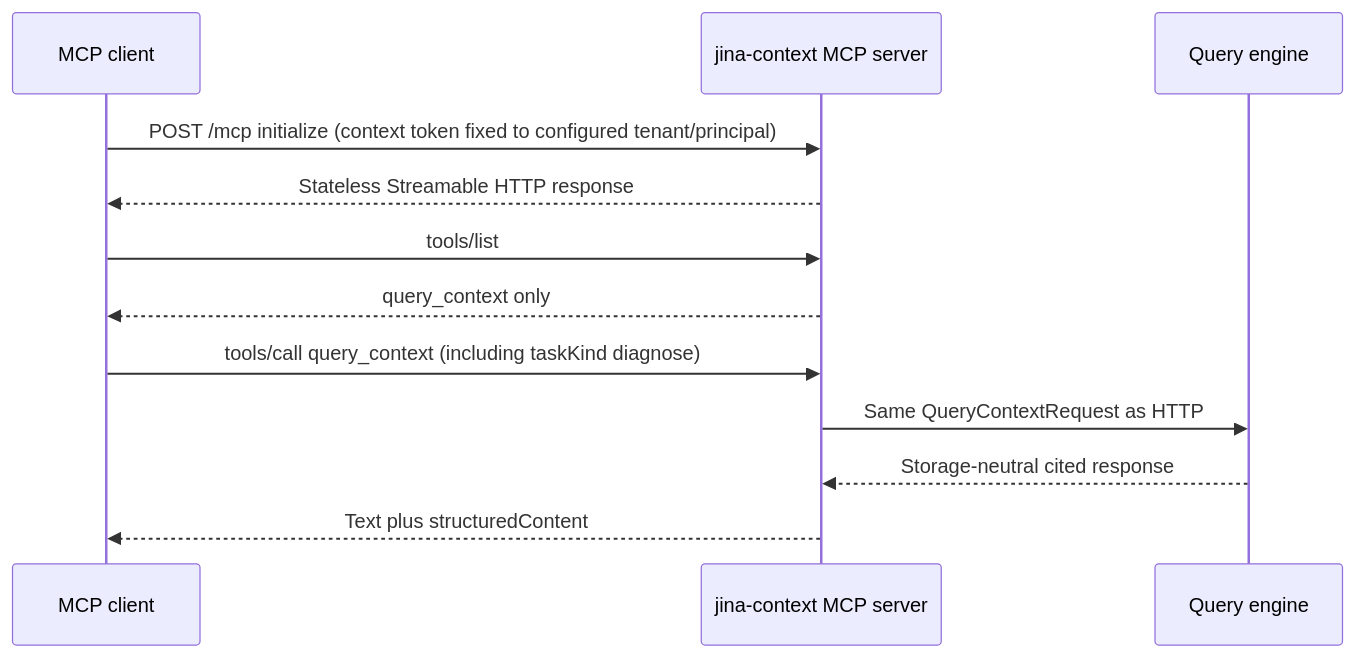
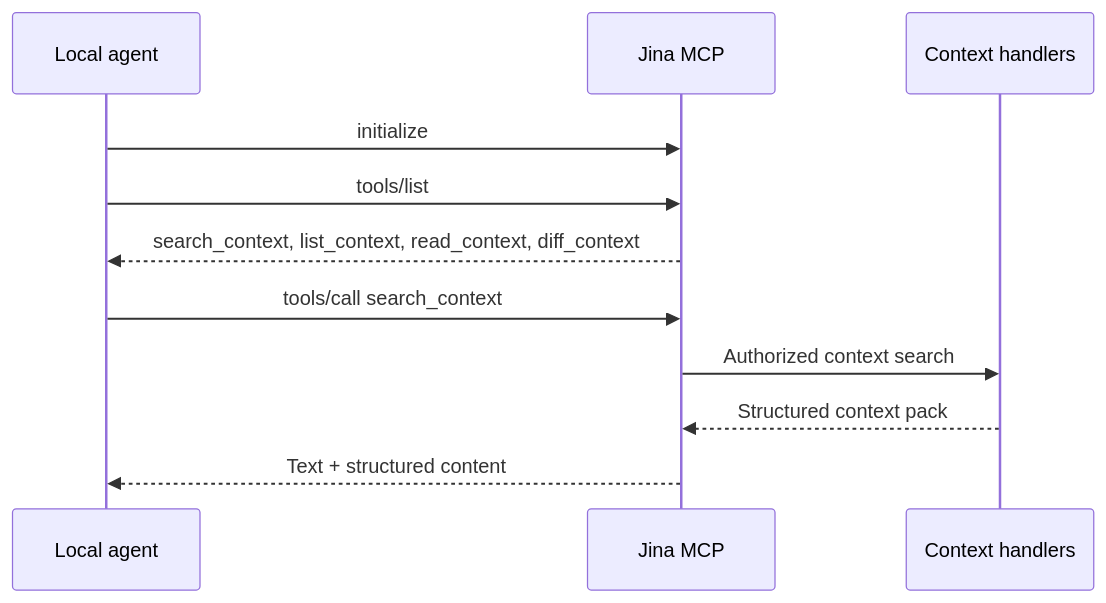
Before and after one commit to keon/jina-context-wiki-e2e-20260808: the fifth of 8 diagrams in docs/SEQUENCE_DIAGRAM.md, drawn with Mermaid. The commit also changed other lines of this file and 248 other files, not shown here.

````diff
--- a/docs/SEQUENCE_DIAGRAM.md
+++ b/docs/SEQUENCE_DIAGRAM.md
@@ -184,15 +147,14 @@
 ```mermaid
 sequenceDiagram
-    participant MC as MCP client
-    participant API as jina-context MCP server
-    participant QE as Query engine
+    participant A as Local agent
+    participant MCP as Jina MCP
+    participant API as Context handlers
 
-    MC->>API: POST /mcp initialize (context token fixed to configured tenant/principal)
-    API-->>MC: Stateless Streamable HTTP response
-    MC->>API: tools/list
-    API-->>MC: query_context only
-    MC->>API: tools/call query_context (including taskKind diagnose)
-    API->>QE: Same QueryContextRequest as HTTP
-    QE-->>API: Storage-neutral cited response
-    API-->>MC: Text plus structuredContent
+    A->>MCP: initialize
+    A->>MCP: tools/list
+    MCP-->>A: search_context, list_context, read_context, diff_context
+    A->>MCP: tools/call search_context
+    MCP->>API: Authorized context search
+    API-->>MCP: Structured context pack
+    MCP-->>A: Text + structured content
 ```
````
